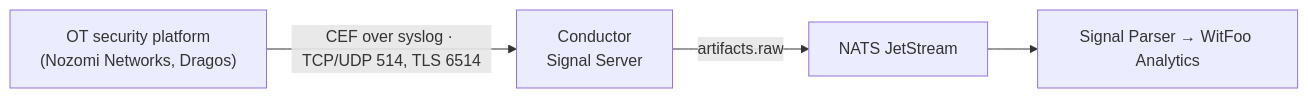
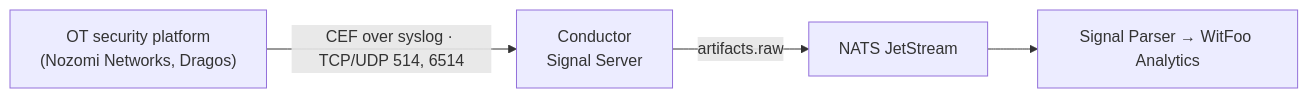
Before and after one commit to witfoo/analytics-docs: the diagram in docs/conductor/syslog/index.md, drawn with Mermaid. The commit also changed other lines of this file and 4 other files, not shown here.

First line of the commit message:
docs(conductor): correct the 7514 listener and the 6514 TLS condition (#5)

````diff
--- a/docs/conductor/syslog/index.md
+++ b/docs/conductor/syslog/index.md
@@ -20,6 +21,6 @@
 ```mermaid
 flowchart LR
-    A["OT security platform<br/>(Nozomi Networks, Dragos)"] -->|"CEF over syslog · TCP/UDP 514, TLS 6514"| B["Conductor<br/>Signal Server"]
+    A["OT security platform<br/>(Nozomi Networks, Dragos)"] -->|"CEF over syslog · TCP/UDP 514, 6514"| B["Conductor<br/>Signal Server"]
     B -->|"artifacts.raw"| C["NATS JetStream"]
     C --> D["Signal Parser → WitFoo Analytics"]
 ```
````
